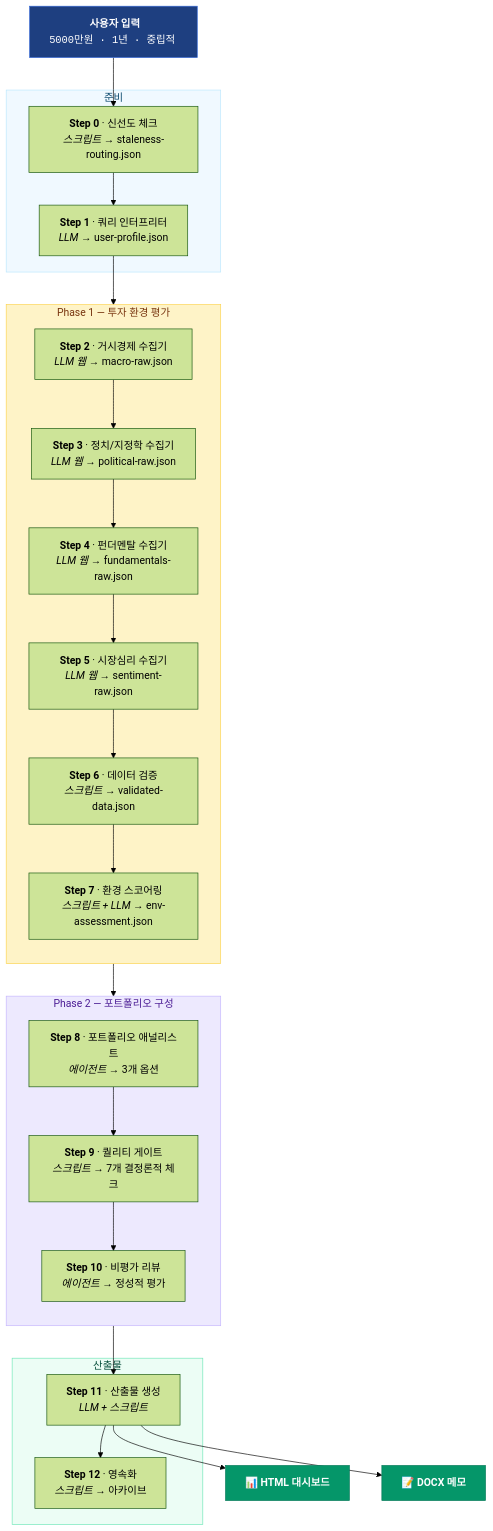
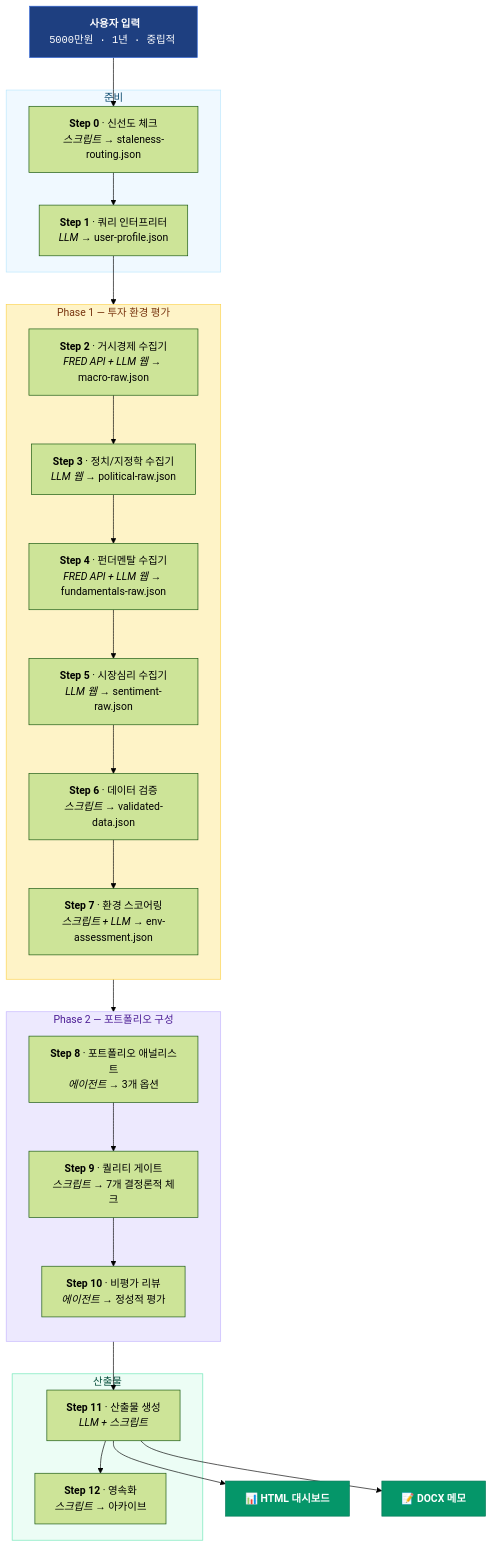
The diagram in README.ko.md (kipeum86/investment-portfolio-advisor), drawn with Mermaid (forest theme) before and after one commit. The commit also changed other lines of this file and 1 other file, not shown here.

First line of the commit message:
docs: update README with FRED API integration details

````diff
--- a/README.ko.md
+++ b/README.ko.md
@@ -62,53 +62,53 @@
 ```mermaid
 flowchart TD
     INPUT["&nbsp;<b>사용자 입력</b><br/><code>5000만원 · 1년 · 중립적</code>&nbsp;"]
     INPUT --> S0
 
     subgraph PREP ["&nbsp; 준비 &nbsp;"]
         S0["<b>Step 0</b> · 신선도 체크<br/><i>스크립트</i> → staleness-routing.json"]
         S1["<b>Step 1</b> · 쿼리 인터프리터<br/><i>LLM</i> → user-profile.json"]
         S0 --> S1
     end
 
     S1 --> S2
 
     subgraph ENV ["&nbsp; Phase 1 — 투자 환경 평가 &nbsp;"]
         direction TB
-        S2["<b>Step 2</b> · 거시경제 수집기<br/><i>LLM 웹</i> → macro-raw.json"]
+        S2["<b>Step 2</b> · 거시경제 수집기<br/><i>FRED API + LLM 웹</i> → macro-raw.json"]
         S3["<b>Step 3</b> · 정치/지정학 수집기<br/><i>LLM 웹</i> → political-raw.json"]
-        S4["<b>Step 4</b> · 펀더멘탈 수집기<br/><i>LLM 웹</i> → fundamentals-raw.json"]
+        S4["<b>Step 4</b> · 펀더멘탈 수집기<br/><i>FRED API + LLM 웹</i> → fundamentals-raw.json"]
         S5["<b>Step 5</b> · 시장심리 수집기<br/><i>LLM 웹</i> → sentiment-raw.json"]
         S6["<b>Step 6</b> · 데이터 검증<br/><i>스크립트</i> → validated-data.json"]
         S7["<b>Step 7</b> · 환경 스코어링<br/><i>스크립트 + LLM</i> → env-assessment.json"]
         S2 --> S3 --> S4 --> S5 --> S6 --> S7
     end
 
     S7 --> S8
 
     subgraph PORT ["&nbsp; Phase 2 — 포트폴리오 구성 &nbsp;"]
         direction TB
         S8["<b>Step 8</b> · 포트폴리오 애널리스트<br/><i>에이전트</i> → 3개 옵션"]
         S9["<b>Step 9</b> · 퀄리티 게이트<br/><i>스크립트</i> → 7개 결정론적 체크"]
         S10["<b>Step 10</b> · 비평가 리뷰<br/><i>에이전트</i> → 정성적 평가"]
         S8 --> S9 --> S10
     end
 
     S10 --> S11
 
     subgraph OUT ["&nbsp; 산출물 &nbsp;"]
         S11["<b>Step 11</b> · 산출물 생성<br/><i>LLM + 스크립트</i>"]
         S12["<b>Step 12</b> · 영속화<br/><i>스크립트</i> → 아카이브"]
         S11 --> S12
     end
 
     S11 --> HTML["📊 <b>HTML 대시보드</b>"]
     S11 --> DOCX["📝 <b>DOCX 메모</b>"]
 
     style INPUT fill:#1e3f80,stroke:#3367d6,color:#fff
     style HTML fill:#059669,stroke:#047857,color:#fff
     style DOCX fill:#059669,stroke:#047857,color:#fff
     style PREP fill:#f0f9ff,stroke:#bae6fd,color:#0c4a6e
     style ENV fill:#fef3c7,stroke:#fcd34d,color:#78350f
     style PORT fill:#ede9fe,stroke:#c4b5fd,color:#4c1d95
     style OUT fill:#ecfdf5,stroke:#6ee7b7,color:#064e3b
 ```
````
